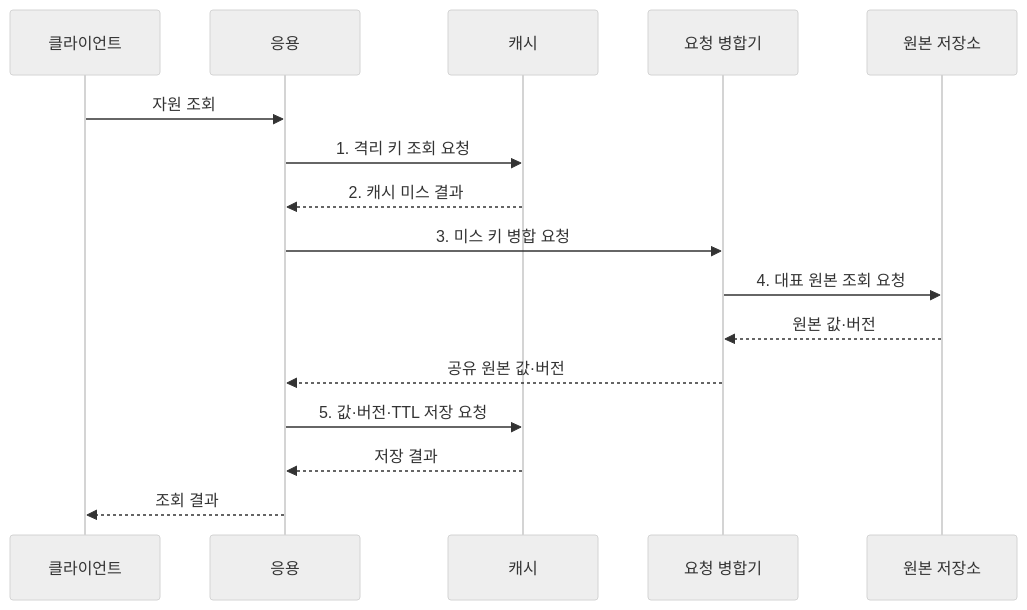
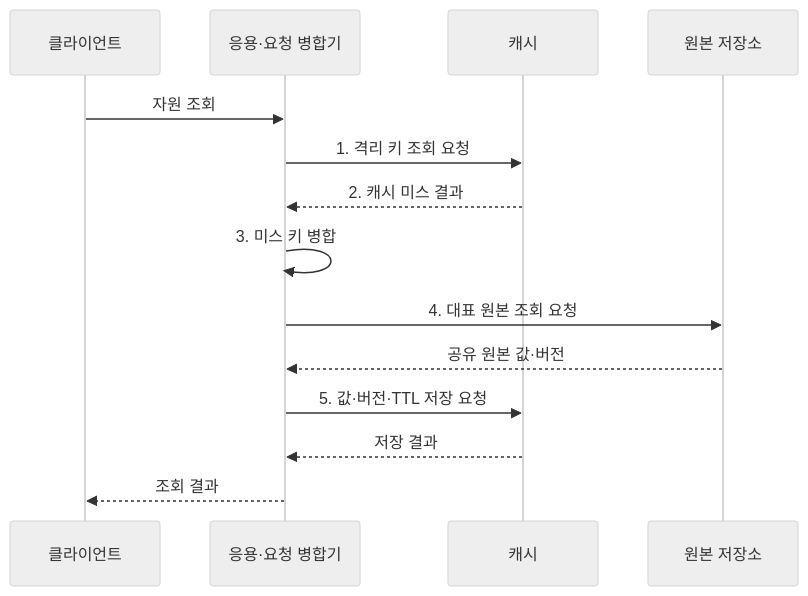
The second of 2 diagrams in src/content/docs/notes/03-software/180_caching_strategy.md (agnusdei1207/knowledge-base), drawn with Mermaid (neutral theme) before and after one commit. The commit also changed 8 other files, not shown here.

Commit message:
Simplify service operation diagrams

````diff
--- a/src/content/docs/notes/03-software/180_caching_strategy.md
+++ b/src/content/docs/notes/03-software/180_caching_strategy.md
@@ -98,18 +98,16 @@
 ```mermaid
 sequenceDiagram
     participant U as 클라이언트
-    participant A as 응용
+    participant A as 응용·요청 병합기
     participant C as 캐시
-    participant R as 요청 병합기
     participant D as 원본 저장소
     U->>A: 자원 조회
     A->>C: 1. 격리 키 조회 요청
     C-->>A: 2. 캐시 미스 결과
-    A->>R: 3. 미스 키 병합 요청
-    R->>D: 4. 대표 원본 조회 요청
-    D-->>R: 원본 값·버전
-    R-->>A: 공유 원본 값·버전
+    A->>A: 3. 미스 키 병합
+    A->>D: 4. 대표 원본 조회 요청
+    D-->>A: 공유 원본 값·버전
     A->>C: 5. 값·버전·TTL 저장 요청
     C-->>A: 저장 결과
     A-->>U: 조회 결과
 ```
````
